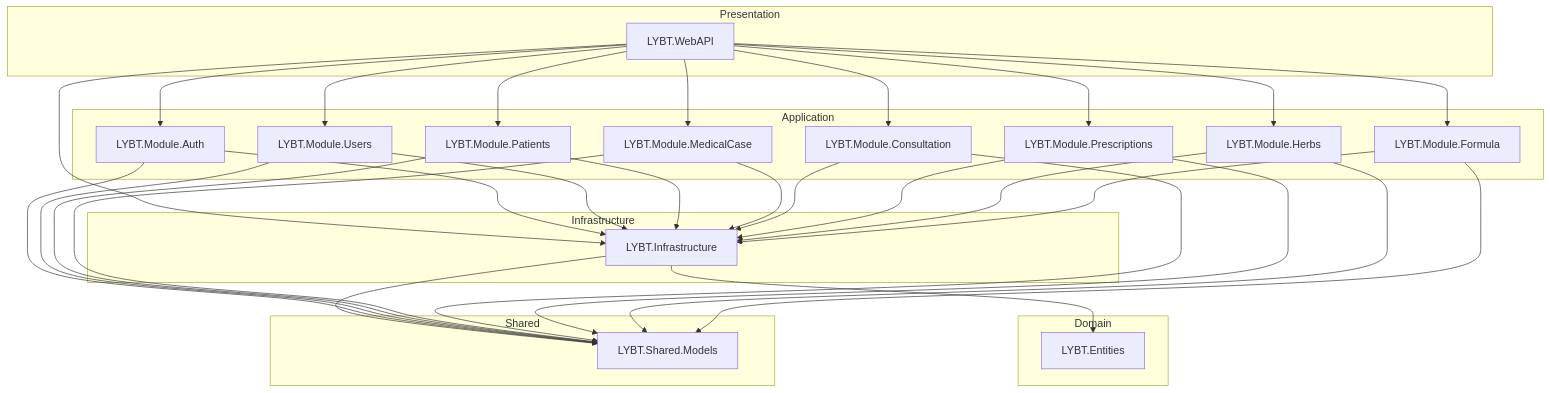
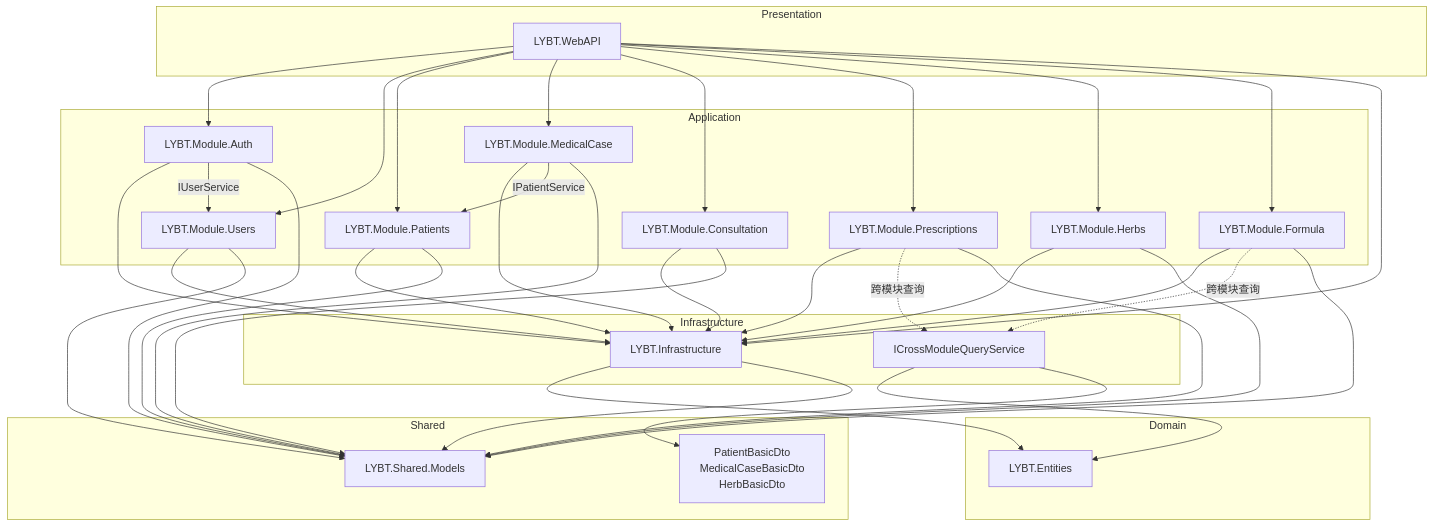
Before and after one commit to shouqitao/LYBTZYZS: the first of 2 diagrams in openspec/changes/document-project-architecture/design.md, drawn with Mermaid. The commit also changed other lines of this file and 34 other files, not shown here.

````diff
--- a/openspec/changes/document-project-architecture/design.md
+++ b/openspec/changes/document-project-architecture/design.md
@@ -600,60 +650,73 @@
 ```mermaid
 graph TB
     subgraph Presentation
         WebAPI[LYBT.WebAPI]
     end
 
     subgraph Application
         Auth[LYBT.Module.Auth]
         Users[LYBT.Module.Users]
         Patients[LYBT.Module.Patients]
         MedicalCase[LYBT.Module.MedicalCase]
         Consultation[LYBT.Module.Consultation]
         Prescriptions[LYBT.Module.Prescriptions]
         Herbs[LYBT.Module.Herbs]
         Formula[LYBT.Module.Formula]
     end
 
     subgraph Infrastructure
         Infra[LYBT.Infrastructure]
+        CrossModule[ICrossModuleQueryService]
     end
 
     subgraph Domain
         Entities[LYBT.Entities]
     end
 
     subgraph Shared
         Models[LYBT.Shared.Models]
+        BasicDtos[PatientBasicDto<br/>MedicalCaseBasicDto<br/>HerbBasicDto]
     end
 
     WebAPI --> Auth
     WebAPI --> Users
     WebAPI --> Patients
     WebAPI --> MedicalCase
     WebAPI --> Consultation
     WebAPI --> Prescriptions
     WebAPI --> Herbs
     WebAPI --> Formula
     WebAPI --> Infra
 
+    %% 模块到Infrastructure依赖
     Auth --> Infra
     Users --> Infra
     Patients --> Infra
     MedicalCase --> Infra
     Consultation --> Infra
     Prescriptions --> Infra
     Herbs --> Infra
     Formula --> Infra
 
+    %% 跨模块通信(解耦后)
+    Prescriptions -.->|跨模块查询| CrossModule
+    Formula -.->|跨模块查询| CrossModule
+    CrossModule --> Entities
+
+    %% 合法的Service接口依赖
+    Auth -->|IUserService| Users
+    MedicalCase -->|IPatientService| Patients
+
     Infra --> Entities
     Infra --> Models
+    CrossModule --> BasicDtos
 
     Auth --> Models
     Users --> Models
     Patients --> Models
     MedicalCase --> Models
     Consultation --> Models
     Prescriptions --> Models
     Herbs --> Models
     Formula --> Models
 ```
````
